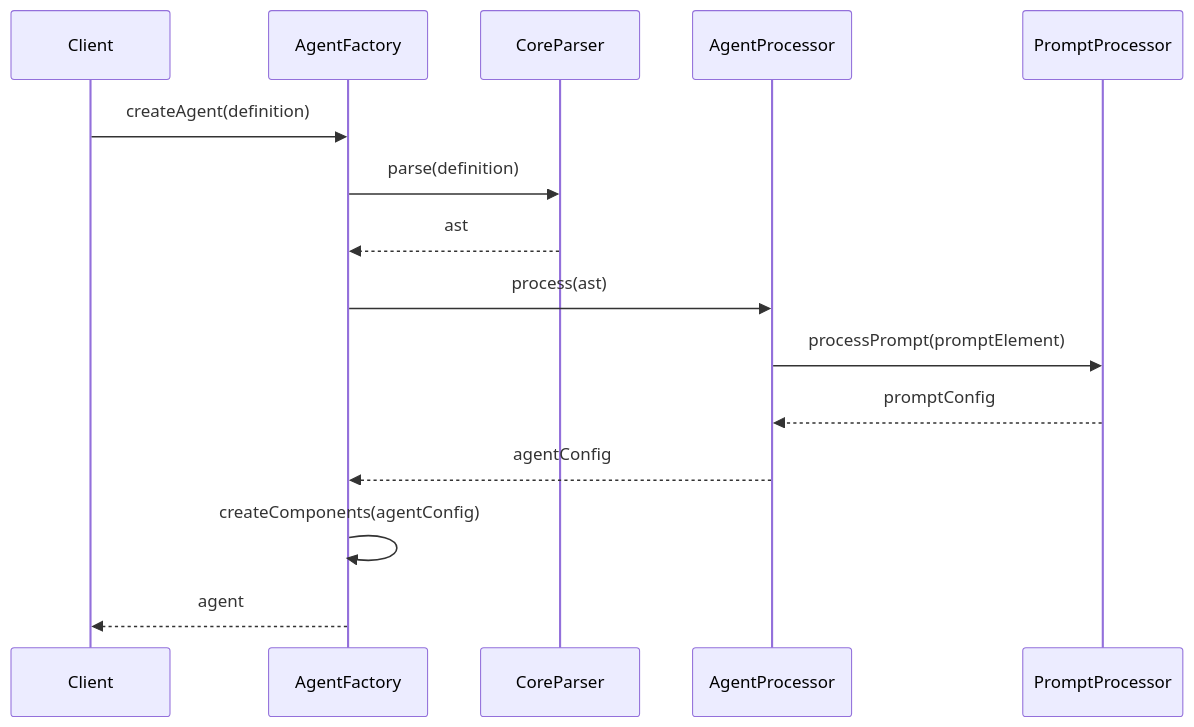
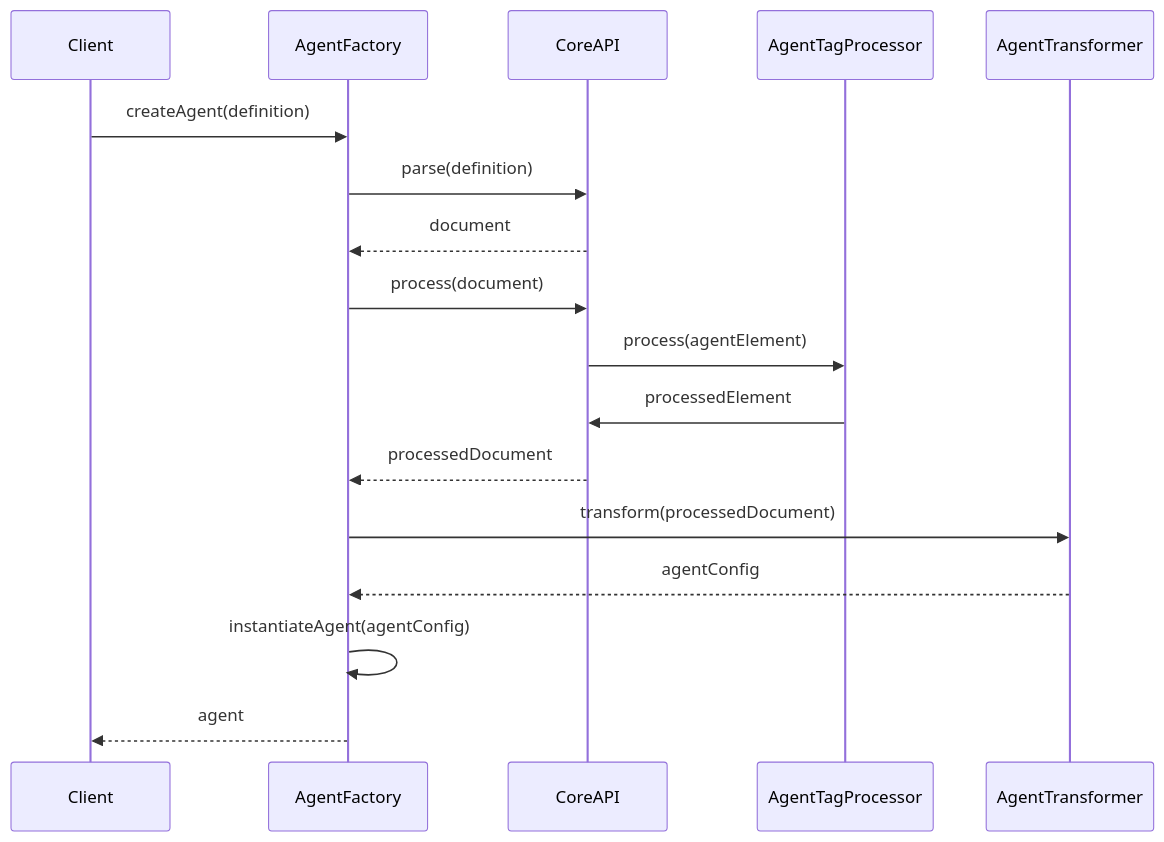
The fifth of 5 diagrams in packages/agent/docs/agent-design.md (Deepractice/DPML), drawn with Mermaid before and after one commit. The commit also changed other lines of this file, not shown here.

Commit message:
docs(agent-design): 更新代理设计文档，重构内容结构，增强代理定义的清晰度和可读性，优化标签处理和创建流程的描述

````diff
--- a/packages/agent/docs/agent-design.md
+++ b/packages/agent/docs/agent-design.md
@@ -449,18 +488,20 @@
 ```mermaid
 sequenceDiagram
     participant Client
-    participant AgentFactory
-    participant CoreParser
-    participant AgentProcessor
-    participant PromptProcessor
+    participant Factory as AgentFactory
+    participant Core as CoreAPI
+    participant Processor as AgentTagProcessor
+    participant Transformer as AgentTransformer
     
-    Client->>AgentFactory: createAgent(definition)
-    AgentFactory->>CoreParser: parse(definition)
-    CoreParser-->>AgentFactory: ast
-    AgentFactory->>AgentProcessor: process(ast)
-    AgentProcessor->>PromptProcessor: processPrompt(promptElement)
-    PromptProcessor-->>AgentProcessor: promptConfig
-    AgentProcessor-->>AgentFactory: agentConfig
-    AgentFactory->>AgentFactory: createComponents(agentConfig)
-    AgentFactory-->>Client: agent
+    Client->>Factory: createAgent(definition)
+    Factory->>Core: parse(definition)
+    Core-->>Factory: document
+    Factory->>Core: process(document)
+    Core->>Processor: process(agentElement)
+    Processor->>Core: processedElement
+    Core-->>Factory: processedDocument
+    Factory->>Transformer: transform(processedDocument)
+    Transformer-->>Factory: agentConfig
+    Factory->>Factory: instantiateAgent(agentConfig)
+    Factory-->>Client: agent
 ```
````
